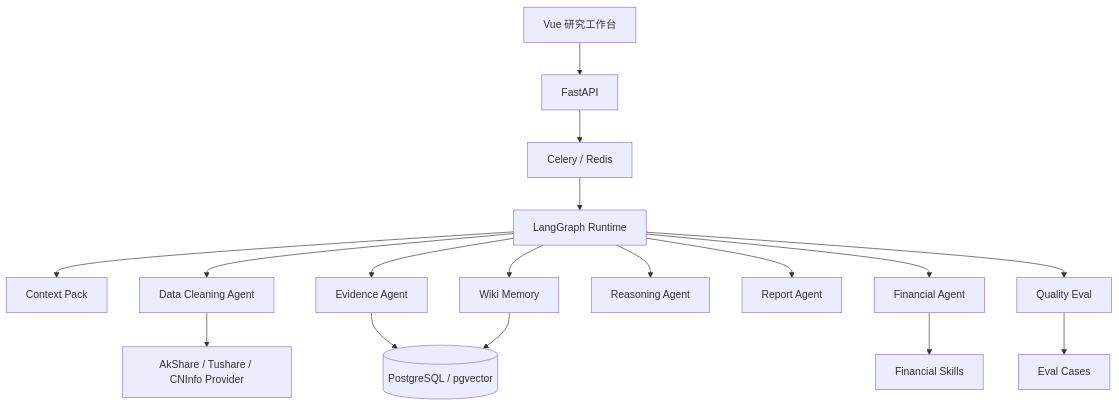
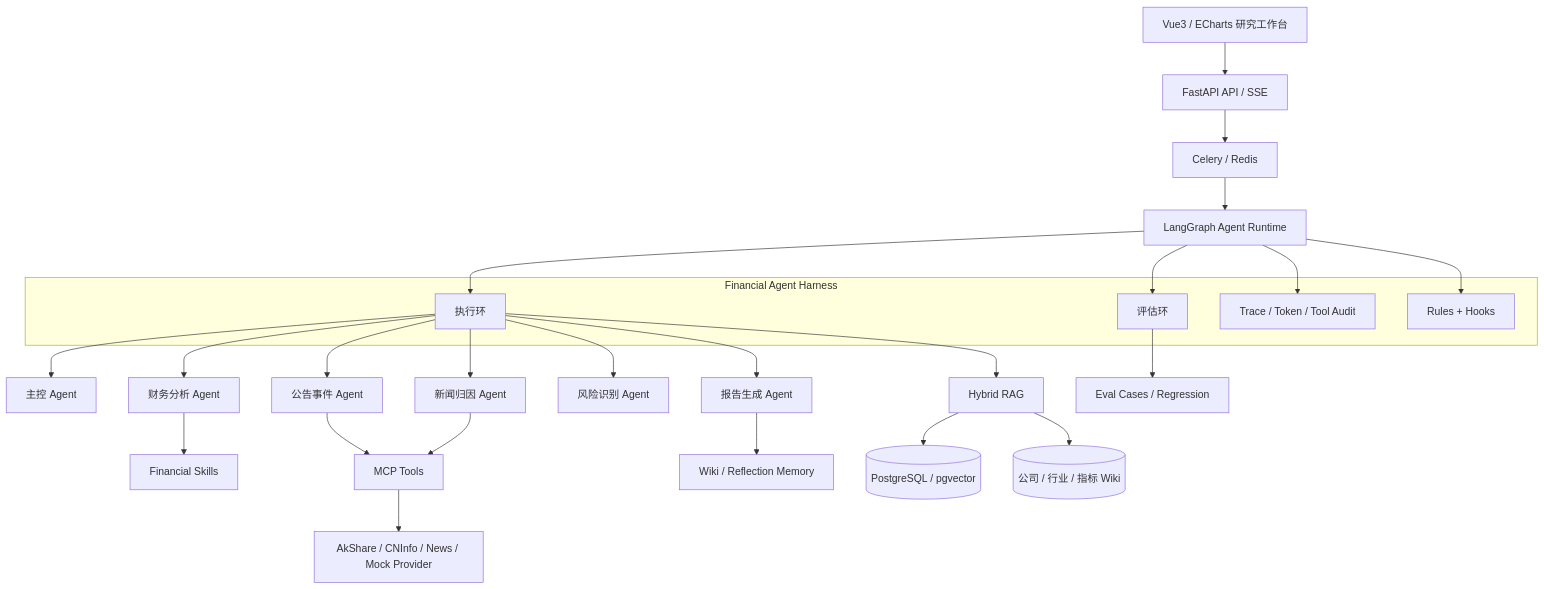
The first of 2 diagrams in README.md (ljt-sss/A_stock_analysis_agent), drawn with Mermaid before and after one commit. The commit also changed other lines of this file and 1 other file, not shown here.

First line of the commit message:
Refine financial agent harness documentation.

````diff
--- a/README.md
+++ b/README.md
@@ -47,21 +98,36 @@
 ```mermaid
 flowchart TB
-    UI["Vue 研究工作台"] --> API["FastAPI"]
+    UI["Vue3 / ECharts 研究工作台"] --> API["FastAPI API / SSE"]
     API --> Queue["Celery / Redis"]
-    Queue --> Graph["LangGraph Runtime"]
+    Queue --> Graph["LangGraph Agent Runtime"]
 
-    Graph --> Context["Context Pack"]
-    Graph --> Data["Data Cleaning Agent"]
-    Graph --> Evidence["Evidence Agent"]
-    Graph --> Finance["Financial Agent"]
-    Graph --> Reason["Reasoning Agent"]
-    Graph --> Report["Report Agent"]
-    Graph --> Eval["Quality Eval"]
-    Graph --> Memory["Wiki Memory"]
+    subgraph Harness["Financial Agent Harness"]
+        Exec["执行环"]
+        Eval["评估环"]
+        Obs["Trace / Token / Tool Audit"]
+        Guard["Rules + Hooks"]
+    end
 
-    Data --> Provider["AkShare / Tushare / CNInfo Provider"]
+    Graph --> Exec
+    Graph --> Eval
+    Graph --> Obs
+    Graph --> Guard
+
+    Exec --> Planner["主控 Agent"]
+    Exec --> Finance["财务分析 Agent"]
+    Exec --> Event["公告事件 Agent"]
+    Exec --> News["新闻归因 Agent"]
+    Exec --> Risk["风险识别 Agent"]
+    Exec --> Report["报告生成 Agent"]
+
     Finance --> Skills["Financial Skills"]
-    Evidence --> DB[("PostgreSQL / pgvector")]
-    Eval --> Cases["Eval Cases"]
-    Memory --> DB
+    Event --> MCP["MCP Tools"]
+    News --> MCP
+    Report --> Memory["Wiki / Reflection Memory"]
+
+    Exec --> RAG["Hybrid RAG"]
+    RAG --> SQL[("PostgreSQL / pgvector")]
+    RAG --> Wiki[("公司 / 行业 / 指标 Wiki")]
+    MCP --> Providers["AkShare / CNInfo / News / Mock Provider"]
+    Eval --> Cases["Eval Cases / Regression"]
 ```
````
